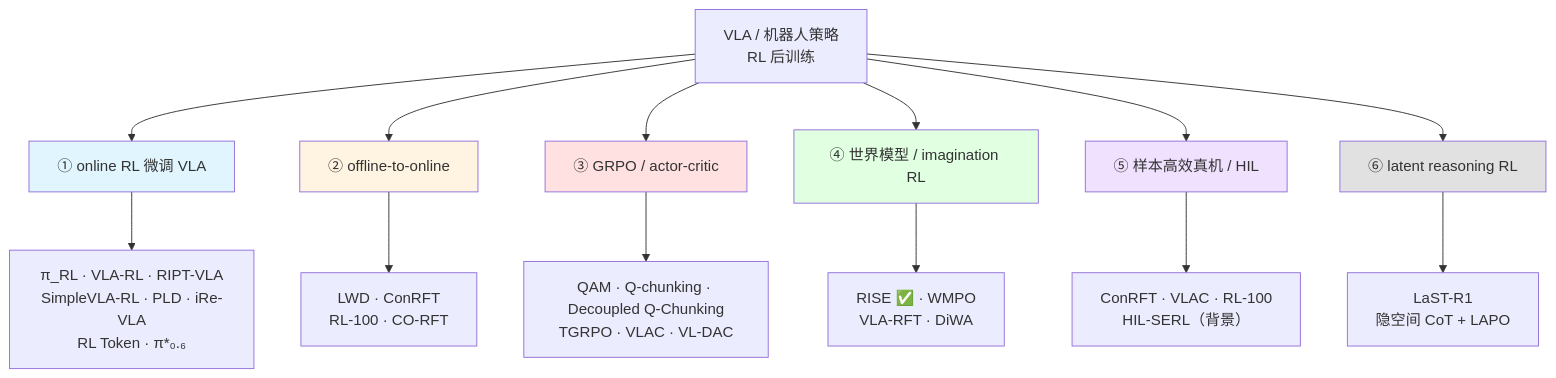
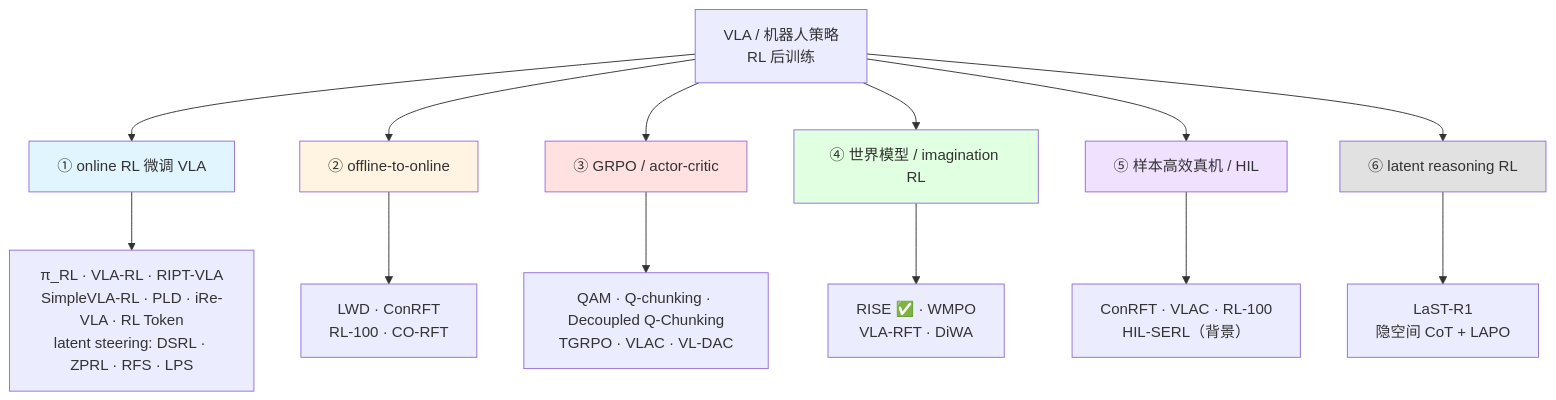
Before and after one commit to CCgoestosleepbefore12/obsidian: the diagram in maps/强化学习后训练 主题地图.md, drawn with Mermaid. The commit also changed other lines of this file and 2 other files, not shown here.

First line of the commit message:
新增「机器人学习的数据来源 主题地图」+ HERMES 入 P0

````diff
--- a/maps/强化学习后训练 主题地图.md
+++ b/maps/强化学习后训练 主题地图.md
@@ -31,24 +31,24 @@
 ```mermaid
 flowchart TD
     ROOT["VLA / 机器人策略<br/>RL 后训练"]
     ROOT --> S1["① online RL 微调 VLA"]
     ROOT --> S2["② offline-to-online"]
     ROOT --> S3["③ GRPO / actor-critic"]
     ROOT --> S4["④ 世界模型 / imagination RL"]
     ROOT --> S5["⑤ 样本高效真机 / HIL"]
     ROOT --> S6["⑥ latent reasoning RL"]
 
-    S1 --> S1P["π_RL · VLA-RL · RIPT-VLA<br/>SimpleVLA-RL · PLD · iRe-VLA<br/>RL Token · π*₀.₆"]
+    S1 --> S1P["π_RL · VLA-RL · RIPT-VLA<br/>SimpleVLA-RL · PLD · iRe-VLA · RL Token<br/>latent steering: DSRL · ZPRL · RFS · LPS"]
     S2 --> S2P["LWD · ConRFT<br/>RL-100 · CO-RFT"]
     S3 --> S3P["QAM · Q-chunking · Decoupled Q-Chunking<br/>TGRPO · VLAC · VL-DAC"]
     S4 --> S4P["RISE ✅ · WMPO<br/>VLA-RFT · DiWA"]
     S5 --> S5P["ConRFT · VLAC · RL-100<br/>HIL-SERL（背景）"]
     S6 --> S6P["LaST-R1<br/>隐空间 CoT + LAPO"]
 
     style S1 fill:#e1f5ff
     style S2 fill:#fff4e1
     style S3 fill:#ffe1e1
     style S4 fill:#e1ffe1
     style S5 fill:#f0e1ff
     style S6 fill:#e1e1e1
 ```
````
